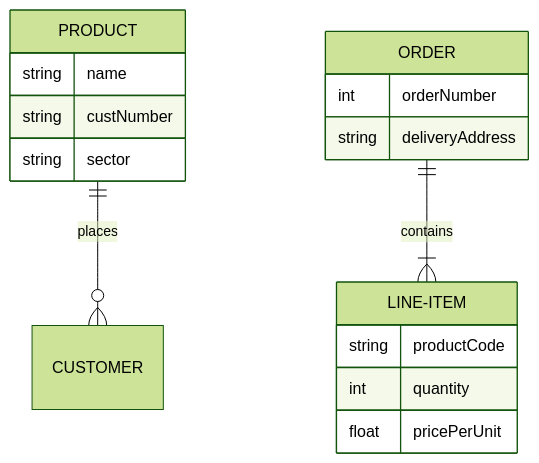
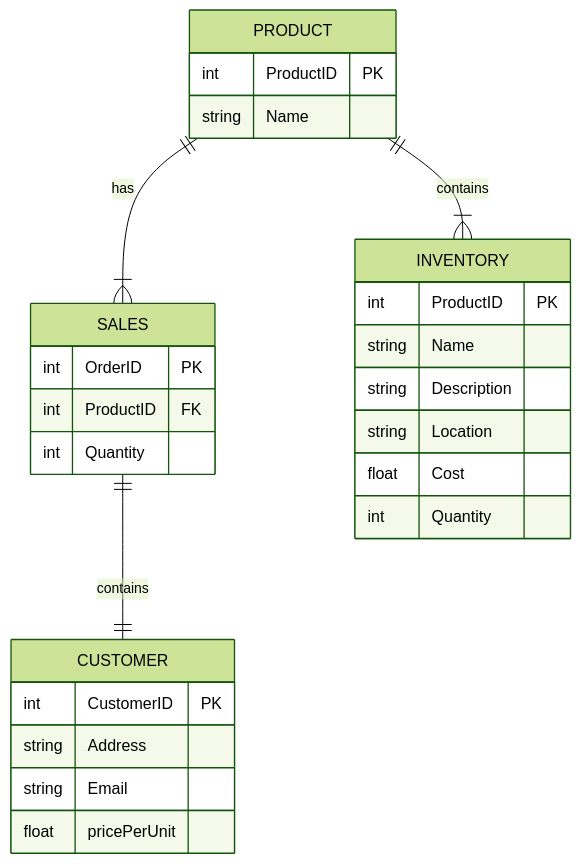
One commit to JessicaLossmann/JessicaLossmann.github.io changed the diagram in NikeStore_ERD.md. Above: the diagram before and after it, drawn with Mermaid (forest theme).

````diff
--- a/NikeStore_ERD.md
+++ b/NikeStore_ERD.md
@@ -3,20 +3,30 @@
 ```mermaid
 erDiagram
-    PRODUCT ||--o{ CUSTOMER : places
+    PRODUCT ||--|{ SALES : has
     PRODUCT {
-        string name
-        string custNumber
-        string sector
+        int ProductID PK
+        string Name
     }
-    ORDER ||--|{ LINE-ITEM : contains
-    ORDER {
-        int orderNumber
-        string deliveryAddress
+    SALES {
+        int OrderID PK
+        int ProductID FK
+        int Quantity    
+   }
+    SALES ||--|| CUSTOMER : contains
+        CUSTOMER {
+        int CustomerID PK
+        string Address
+        string Email
+        float pricePerUnit
     }
-    LINE-ITEM {
-        string productCode
-        int quantity
-        float pricePerUnit
+    PRODUCT ||--|{ INVENTORY : contains
+    INVENTORY {
+        int ProductID PK
+        string Name
+        string Description
+        string Location
+        float Cost
+        int Quantity
     }
 
 ```
````
